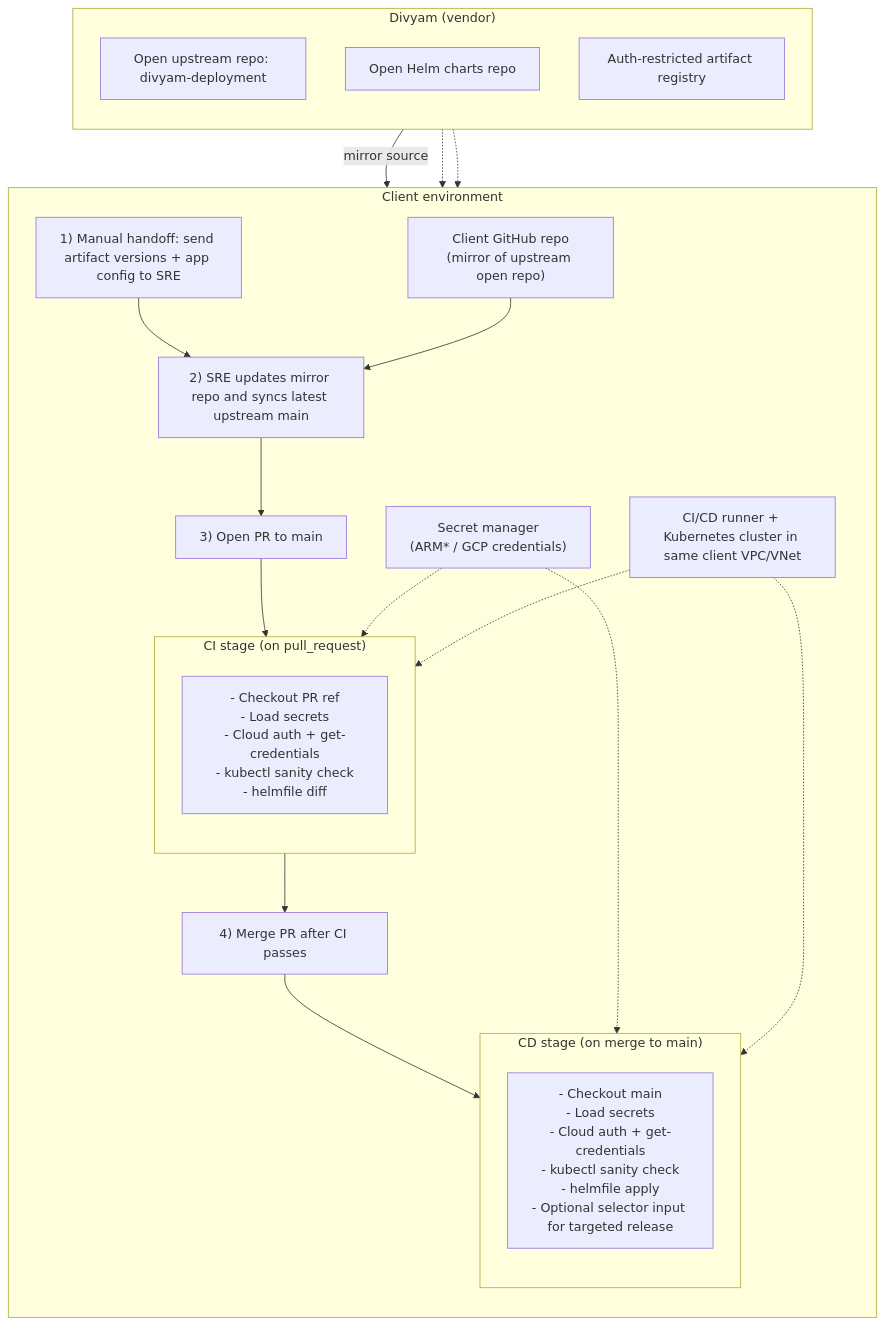
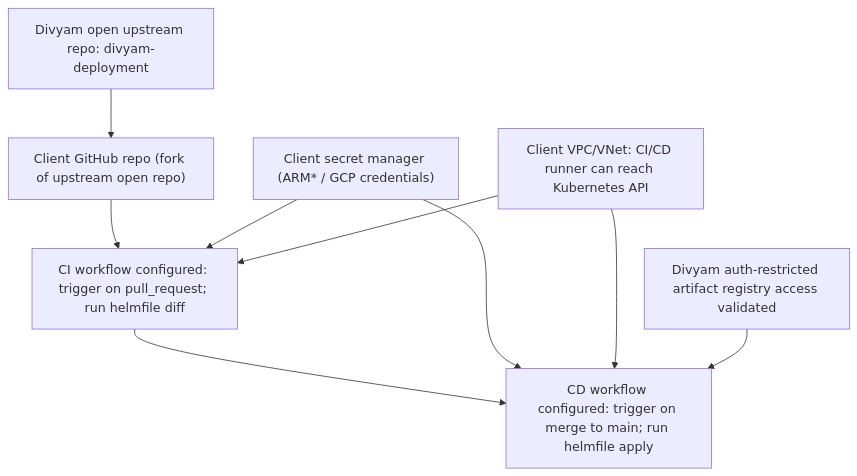
The first of 4 diagrams in k8s/docs/cicd-overview.md (Divyam-AI/divyam-deployment), drawn with Mermaid before and after one commit. The commit also changed other lines of this file and 1 other file, not shown here.

````diff
--- a/k8s/docs/cicd-overview.md
+++ b/k8s/docs/cicd-overview.md
@@ -3,49 +13,17 @@
 ```mermaid
 flowchart TB
-  subgraph Divyam["Divyam (vendor)"]
-    direction TB
-    UP["Open upstream repo: divyam-deployment"]
-    HC["Open Helm charts repo"]
-    AR["Auth-restricted artifact registry"]
-  end
+  U["Divyam open upstream repo: divyam-deployment"]
+  M["Client GitHub repo (fork of upstream open repo)"]
+  S["Client secret manager (ARM* / GCP credentials)"]
+  N["Client VPC/VNet: CI/CD runner can reach Kubernetes API"]
+  C["CI workflow configured: trigger on pull_request; run helmfile diff"]
+  D["CD workflow configured: trigger on merge to main; run helmfile apply"]
+  R["Divyam auth-restricted artifact registry access validated"]
 
-  subgraph Client["Client environment"]
-    direction TB
-    SM["Secret manager\n(ARM* / GCP credentials)"]
-    MIR["Client GitHub repo\n(mirror of upstream open repo)"]
-    S1["1) Manual handoff: send artifact versions + app config to SRE"]
-    S2["2) SRE updates mirror repo and syncs latest upstream main"]
-    S3["3) Open PR to main"]
-    S4["4) Merge PR after CI passes"]
-    VNET["CI/CD runner + Kubernetes cluster in same client VPC/VNet"]
-
-    subgraph CIStage["CI stage (on pull_request)"]
-      direction TB
-      CI["- Checkout PR ref
-- Load secrets
-- Cloud auth + get-credentials
-- kubectl sanity check
-- helmfile diff"]
-    end
-
-    subgraph CDStage["CD stage (on merge to main)"]
-      direction TB
-      CD["- Checkout main
-- Load secrets
-- Cloud auth + get-credentials
-- kubectl sanity check
-- helmfile apply
-- Optional selector input for targeted release"]
-    end
-  end
-
-  UP -->|mirror source| MIR
-  S1 --> S2 --> S3 --> CI --> S4 --> CD
-  MIR --> S2
-  SM -.-> CI
-  SM -.-> CD
-  VNET -.-> CI
-  VNET -.-> CD
-  HC -.-> CI
-  AR -.-> CD
+  U --> M --> C --> D
+  S --> C
+  S --> D
+  N --> C
+  N --> D
+  R --> D
 ```
````
